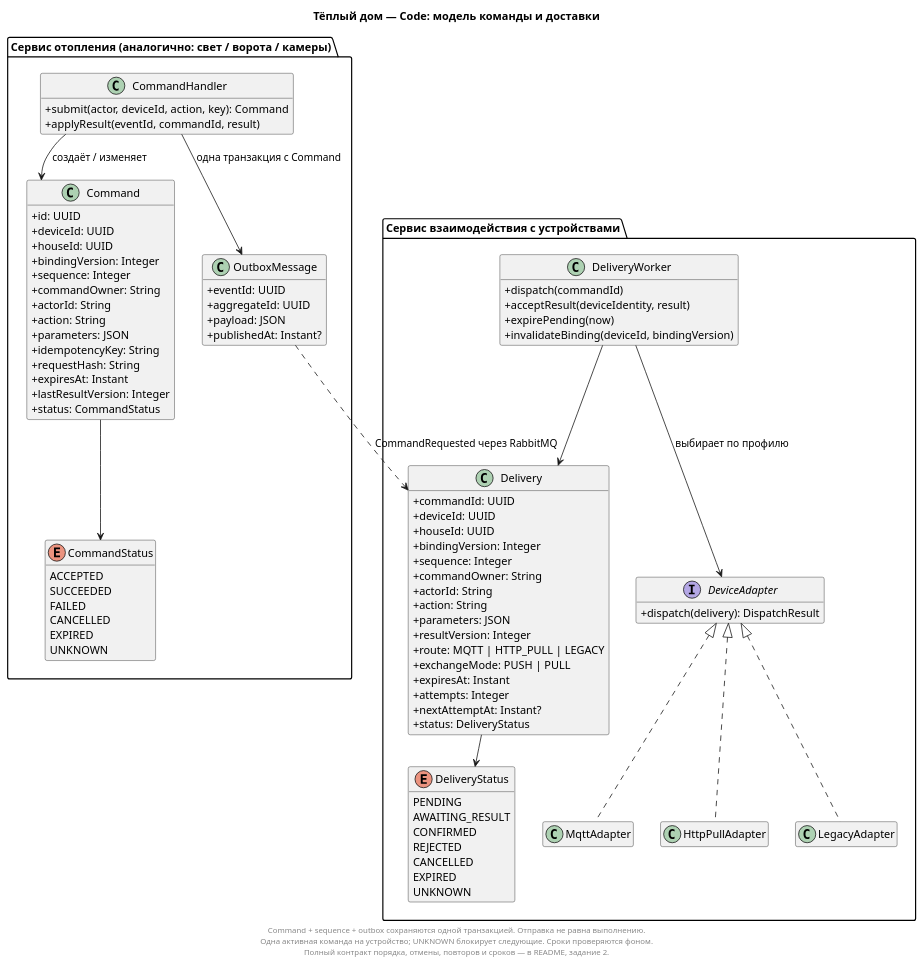
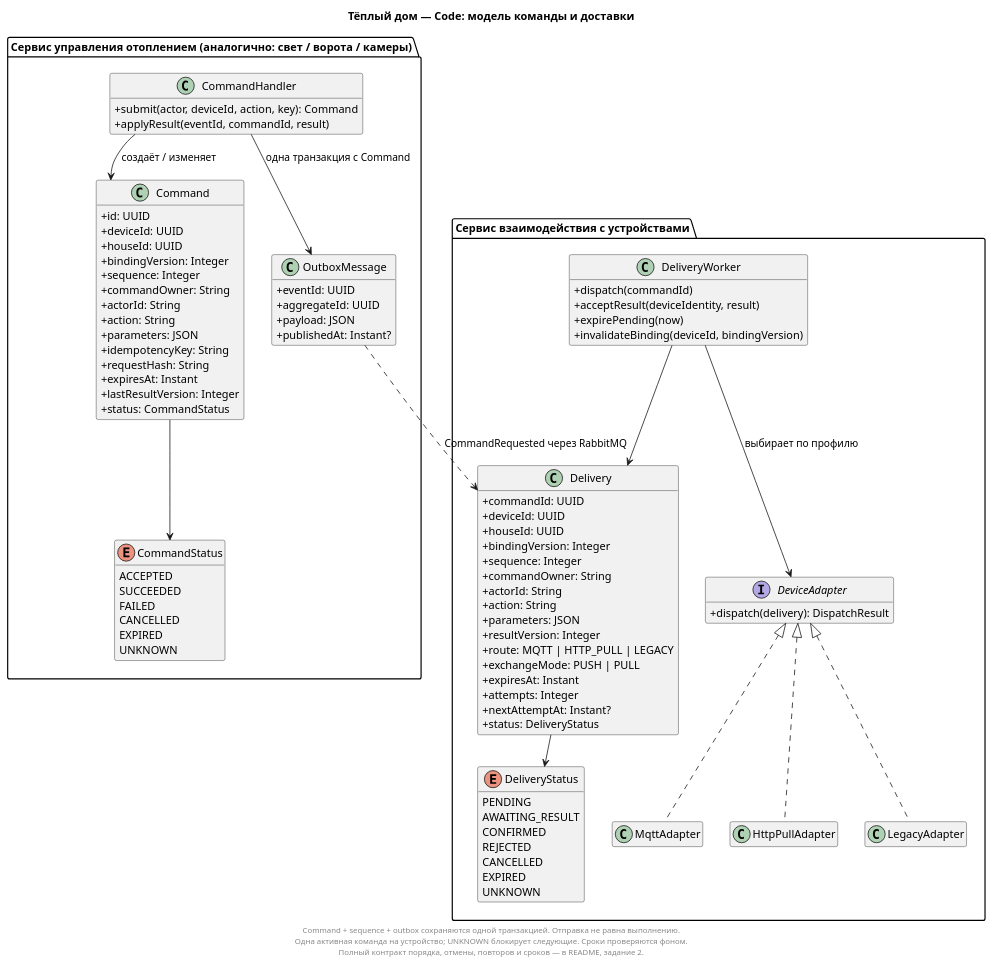
The diagram in diagrams/code/command-model.puml (AndyMcFishka/architecture-pro-warmhouse), drawn with PlantUML before and after one commit. The commit also changed 11 other files, not shown here.

```diff
--- a/diagrams/code/command-model.puml
+++ b/diagrams/code/command-model.puml
@@ -1,103 +1,103 @@
 @startuml
 title Тёплый дом — Code: модель команды и доставки
 skinparam classAttributeIconSize 0
 hide empty members
 top to bottom direction
 skinparam nodesep 35
 skinparam ranksep 40
 
-package "Сервис отопления (аналогично: свет / ворота / камеры)" as domain {
+package "Сервис управления отоплением (аналогично: свет / ворота / камеры)" as domain {
   class CommandHandler {
     +submit(actor, deviceId, action, key): Command
     +applyResult(eventId, commandId, result)
   }
   class Command {
     +id: UUID
     +deviceId: UUID
     +houseId: UUID
     +bindingVersion: Integer
     +sequence: Integer
     +commandOwner: String
     +actorId: String
     +action: String
     +parameters: JSON
     +idempotencyKey: String
     +requestHash: String
     +expiresAt: Instant
     +lastResultVersion: Integer
     +status: CommandStatus
   }
   enum CommandStatus {
     ACCEPTED
     SUCCEEDED
     FAILED
     CANCELLED
     EXPIRED
     UNKNOWN
   }
   class OutboxMessage {
     +eventId: UUID
     +aggregateId: UUID
     +payload: JSON
     +publishedAt: Instant?
   }
 }
 package "Сервис взаимодействия с устройствами" as transport {
   class DeliveryWorker {
     +dispatch(commandId)
     +acceptResult(deviceIdentity, result)
     +expirePending(now)
     +invalidateBinding(deviceId, bindingVersion)
   }
   class Delivery {
     +commandId: UUID
     +deviceId: UUID
     +houseId: UUID
     +bindingVersion: Integer
     +sequence: Integer
     +commandOwner: String
     +actorId: String
     +action: String
     +parameters: JSON
     +resultVersion: Integer
     +route: MQTT | HTTP_PULL | LEGACY
     +exchangeMode: PUSH | PULL
     +expiresAt: Instant
     +attempts: Integer
     +nextAttemptAt: Instant?
     +status: DeliveryStatus
   }
   enum DeliveryStatus {
     PENDING
     AWAITING_RESULT
     CONFIRMED
     REJECTED
     CANCELLED
     EXPIRED
     UNKNOWN
   }
   interface DeviceAdapter {
     +dispatch(delivery): DispatchResult
   }
   class MqttAdapter
   class HttpPullAdapter
   class LegacyAdapter
 }
 CommandHandler --> Command : создаёт / изменяет
 Command --> CommandStatus
 CommandHandler --> OutboxMessage : одна транзакция с Command
 OutboxMessage ..> Delivery : CommandRequested через RabbitMQ
 DeliveryWorker --> Delivery
 Delivery --> DeliveryStatus
 DeliveryWorker --> DeviceAdapter : выбирает по профилю
 DeviceAdapter <|.. MqttAdapter
 DeviceAdapter <|.. HttpPullAdapter
 DeviceAdapter <|.. LegacyAdapter
 
 domain -[hidden]right-> transport
 footer
 Command + sequence + outbox сохраняются одной транзакцией. Отправка не равна выполнению.
 Одна активная команда на устройство; UNKNOWN блокирует следующие. Сроки проверяются фоном.
 Полный контракт порядка, отмены, повторов и сроков — в README, задание 2.
 end footer
 @enduml
```
